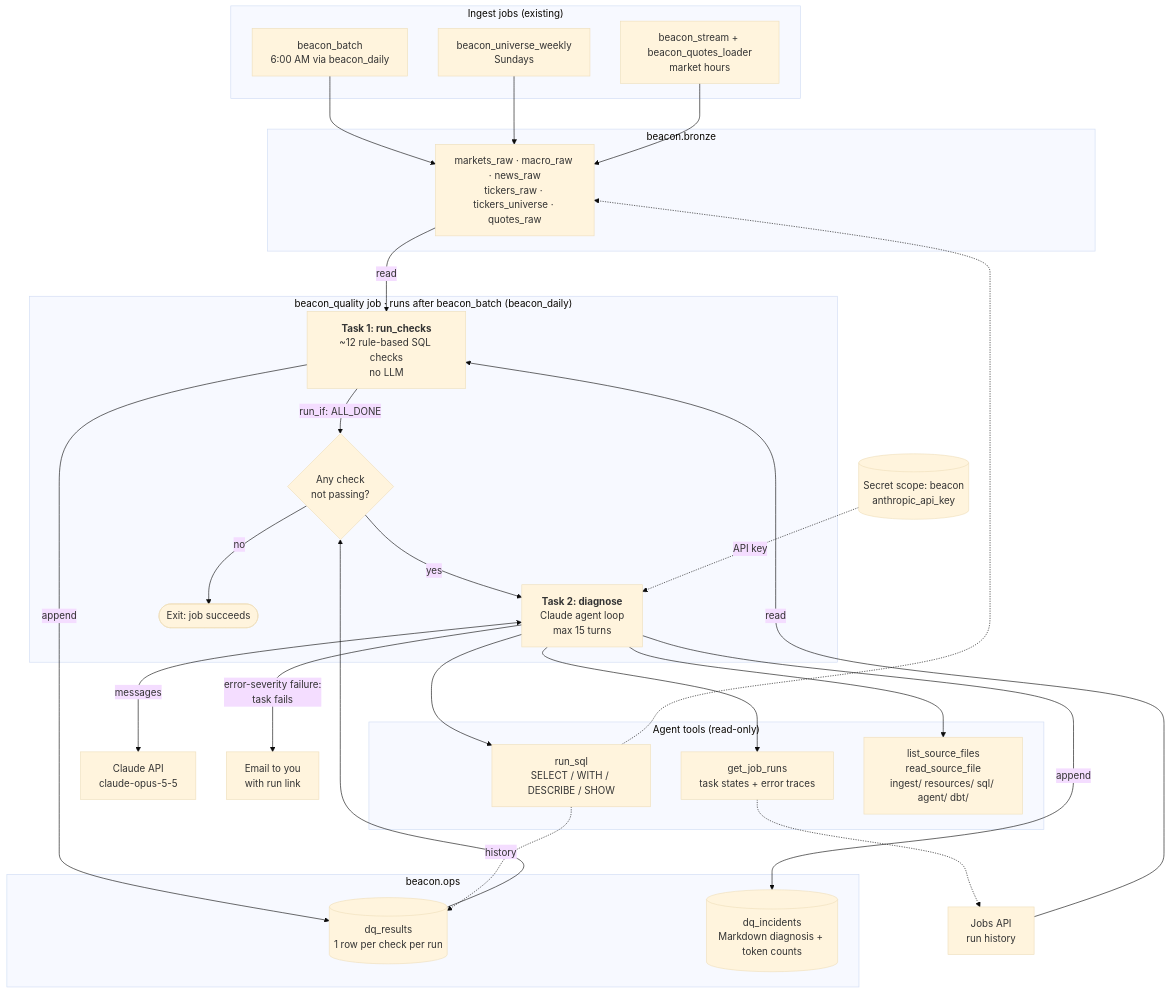
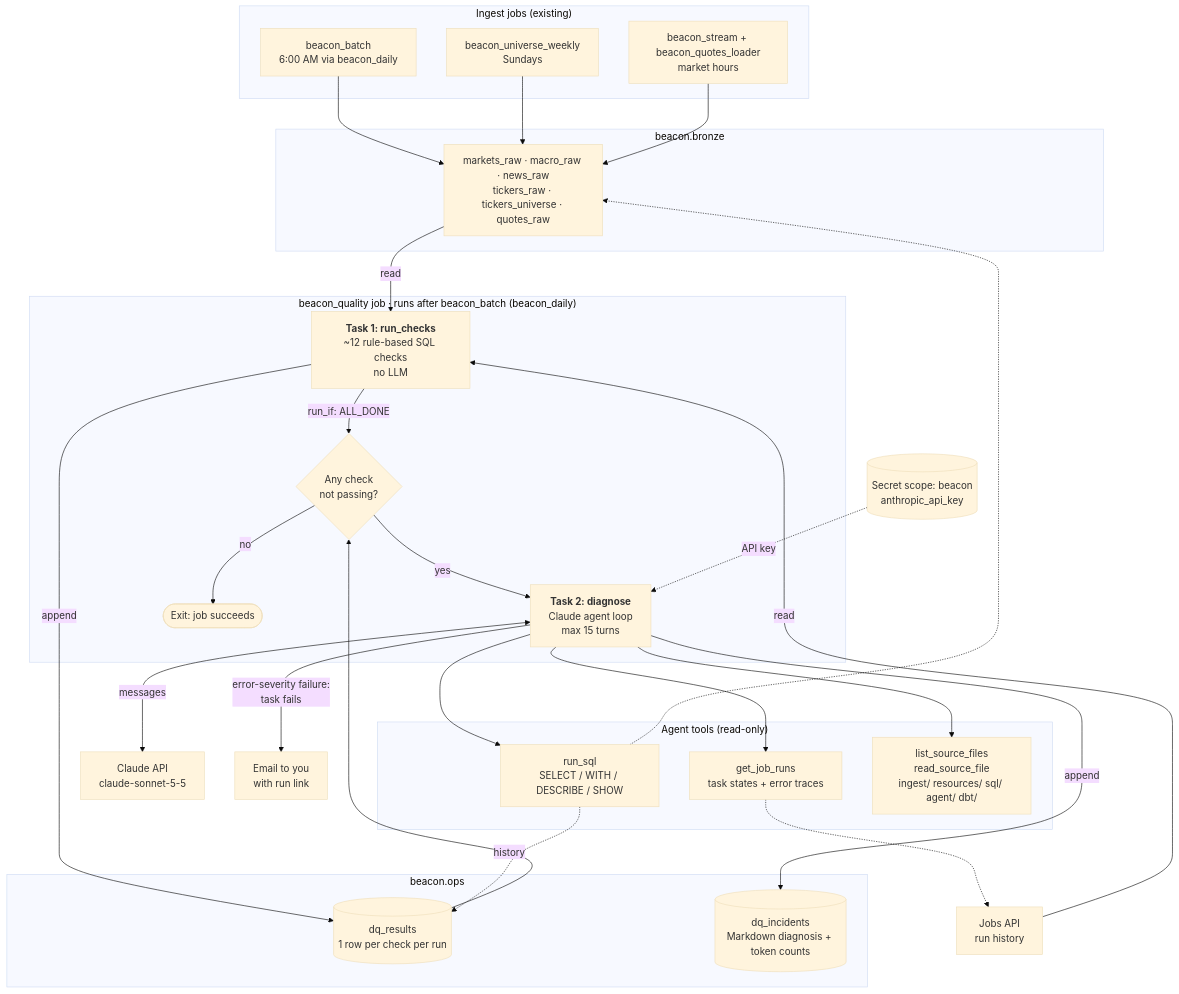
Before and after one commit to JonasButikofer/Beacon: the diagram in agent/README.md, drawn with Mermaid (base theme). The commit also changed other lines of this file and 2 other files, not shown here.

Commit message:
Fix push-triggered Claude review and correct agent model in README
claude-code-action rejects push events, so the push workflow now
re-dispatches itself via workflow_dispatch with the pushed commit range
and runs the review there. Bump actions/checkout to v6 in both review
workflows. The data quality agent runs on claude-sonnet-5-5 (config.py),
so the README now says so.

````diff
--- a/agent/README.md
+++ b/agent/README.md
@@ -19,58 +19,58 @@
 ```mermaid
 flowchart TD
     subgraph ingest["Ingest jobs (existing)"]
         batch["beacon_batch<br/>6:00 AM via beacon_daily"]
         weekly["beacon_universe_weekly<br/>Sundays"]
         stream["beacon_stream + beacon_quotes_loader<br/>market hours"]
     end
 
     subgraph bronze["beacon.bronze"]
         tables["markets_raw · macro_raw · news_raw<br/>tickers_raw · tickers_universe · quotes_raw"]
     end
 
     batch --> tables
     weekly --> tables
     stream --> tables
 
     subgraph quality["beacon_quality job · runs after beacon_batch (beacon_daily)"]
         checks["<b>Task 1: run_checks</b><br/>~12 rule-based SQL checks<br/>no LLM"]
         gate{"Any check<br/>not passing?"}
         agent["<b>Task 2: diagnose</b><br/>Claude agent loop<br/>max 15 turns"]
         done(["Exit: job succeeds"])
         checks -->|run_if: ALL_DONE| gate
         gate -->|no| done
         gate -->|yes| agent
     end
 
     tables -->|read| checks
     jobsapi["Jobs API<br/>run history"] -->|read| checks
 
     subgraph tools["Agent tools (read-only)"]
         sql["run_sql<br/>SELECT / WITH / DESCRIBE / SHOW"]
         runs["get_job_runs<br/>task states + error traces"]
         src["list_source_files<br/>read_source_file<br/>ingest/ resources/ sql/ agent/ dbt/"]
     end
 
-    claude["Claude API<br/>claude-opus-5-5"]
+    claude["Claude API<br/>claude-sonnet-5-5"]
     secret[("Secret scope: beacon<br/>anthropic_api_key")]
 
     agent <-->|messages| claude
     secret -.->|API key| agent
     agent --> sql
     agent --> runs
     agent --> src
     sql -.-> tables
     runs -.-> jobsapi
 
     subgraph ops["beacon.ops"]
         results[("dq_results<br/>1 row per check per run")]
         incidents[("dq_incidents<br/>Markdown diagnosis + token counts")]
     end
 
     checks -->|append| results
     results --> gate
     agent -->|append| incidents
     sql -.->|history| results
 
     agent -->|"error-severity failure:<br/>task fails"| email["Email to you<br/>with run link"]
 ```
````
